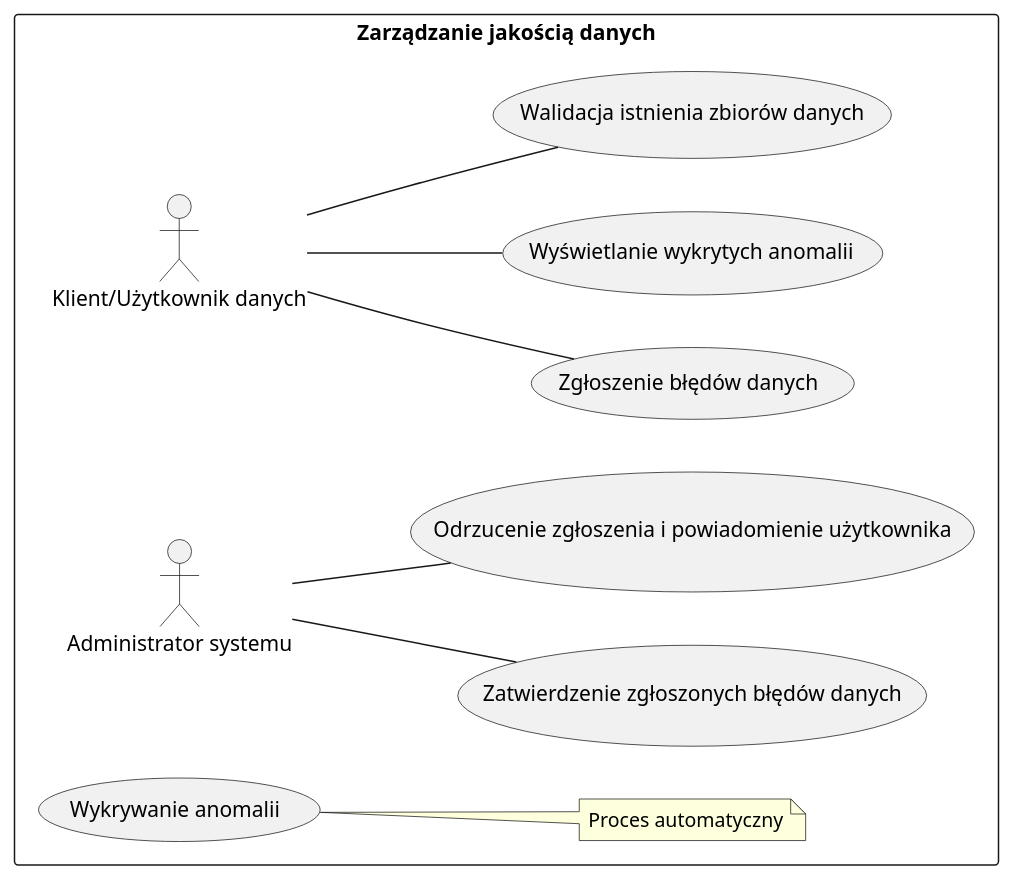
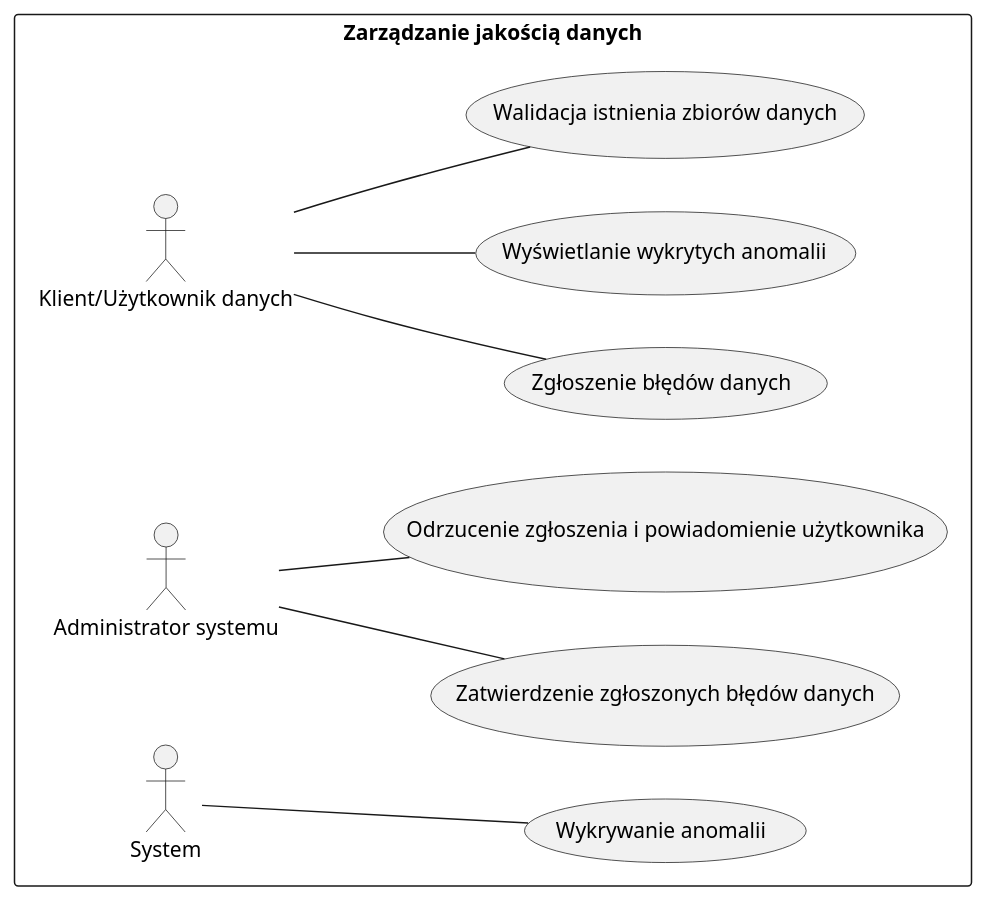
Before and after one commit to aleksanderpiluk/IWO: the diagram in dokumentacja/specyfikacja.wymagan/4.wymagania.uzytkownika/4.1.wymagania.funkcjonalne/4.1.2.zarzadzanie.jakoscia.danych/diagram.puml, drawn with PlantUML. The commit also changed 7 other files, not shown here.

```diff
--- a/dokumentacja/specyfikacja.wymagan/4.wymagania.uzytkownika/4.1.wymagania.funkcjonalne/4.1.2.zarzadzanie.jakoscia.danych/diagram.puml
+++ b/dokumentacja/specyfikacja.wymagan/4.wymagania.uzytkownika/4.1.wymagania.funkcjonalne/4.1.2.zarzadzanie.jakoscia.danych/diagram.puml
@@ -1,24 +1,24 @@
 @startuml quality
 left to right direction
 
 rectangle "Zarządzanie jakością danych" {
   actor "Klient/Użytkownik danych" as Użytkownik
   actor "Administrator systemu" as Administrator
+  actor System
   ' Use cases for quality management:
   usecase (Zgłoszenie błędów danych) as Zgloszenie
   usecase (Zatwierdzenie zgłoszonych błędów danych) as Zatwierdzenie
   usecase (Odrzucenie zgłoszenia i powiadomienie użytkownika) as Odrzucenie
   usecase (Wykrywanie anomalii) as Wykrywanie
   usecase (Wyświetlanie wykrytych anomalii) as WyswietlanieAnomalii
   usecase (Walidacja istnienia zbiorów danych) as WalidacjaIstnienia
 
+  System -- Wykrywanie
   Użytkownik -- Zgloszenie
   Administrator -- Zatwierdzenie
   Administrator -- Odrzucenie
   Użytkownik -- WyswietlanieAnomalii
   Użytkownik -- WalidacjaIstnienia
   
-  ' Wykrywanie anomalii jest a process triggered automatically by the system.
-  note right of Wykrywanie : Proces automatyczny
 }
 @enduml
```
